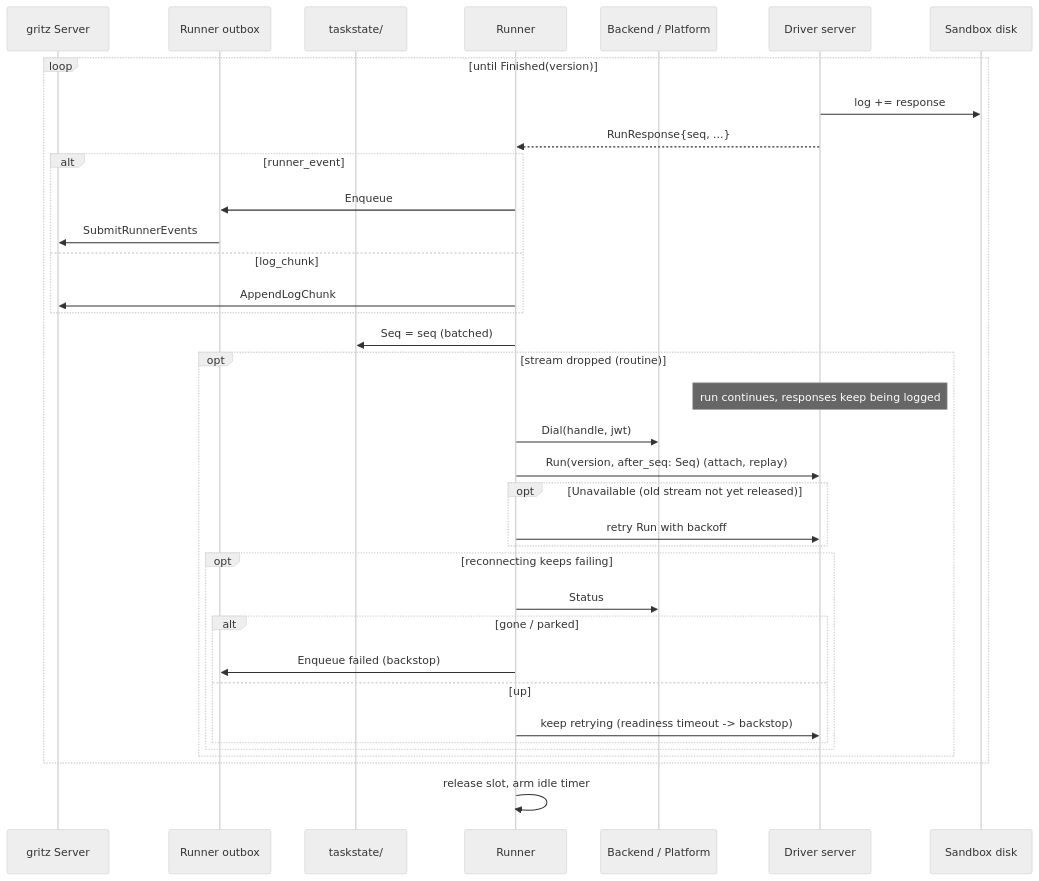
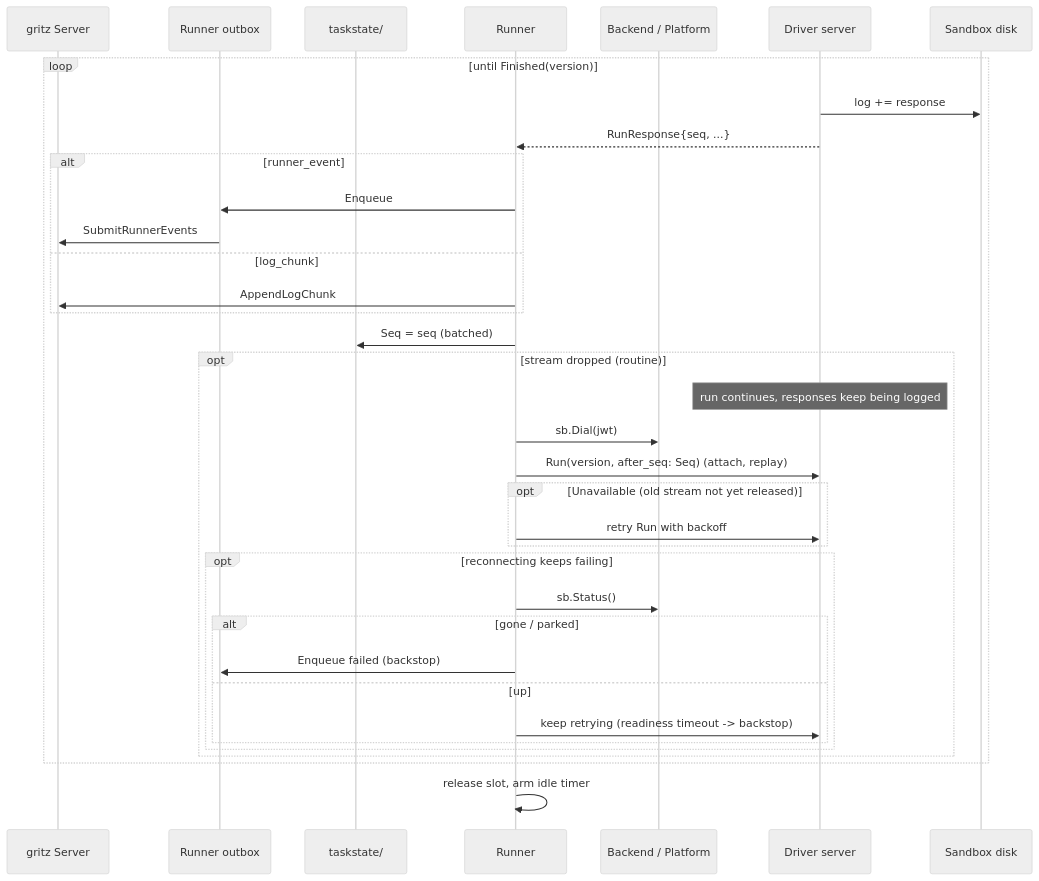
One commit to gritzapp/gritz changed the third of 6 diagrams in proposals/draft/driver-server.md. Above: the diagram before and after it, drawn with Mermaid (neutral theme). The commit also changed other lines of this file, not shown here.

````diff
--- a/proposals/draft/driver-server.md
+++ b/proposals/draft/driver-server.md
@@ -613,39 +671,39 @@
 ```mermaid
 sequenceDiagram
     participant S as gritz Server
     participant O as Runner outbox
     participant T as taskstate/
     participant R as Runner
     participant P as Backend / Platform
     participant D as Driver server
     participant F as Sandbox disk
 
     loop until Finished(version)
         D->>F: log += response
         D-->>R: RunResponse{seq, ...}
         alt runner_event
             R->>O: Enqueue
             O->>S: SubmitRunnerEvents
         else log_chunk
             R->>S: AppendLogChunk
         end
         R->>T: Seq = seq (batched)
         opt stream dropped (routine)
             Note over D: run continues, responses keep being logged
-            R->>P: Dial(handle, jwt)
+            R->>P: sb.Dial(jwt)
             R->>D: Run(version, after_seq: Seq) (attach, replay)
             opt Unavailable (old stream not yet released)
                 R->>D: retry Run with backoff
             end
             opt reconnecting keeps failing
-                R->>P: Status
+                R->>P: sb.Status()
                 alt gone / parked
                     R->>O: Enqueue failed (backstop)
                 else up
                     R->>D: keep retrying (readiness timeout -> backstop)
                 end
             end
         end
     end
     R->>R: release slot, arm idle timer
 ```
````
